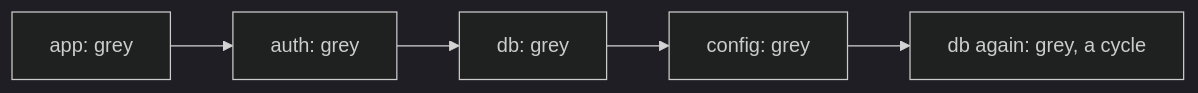
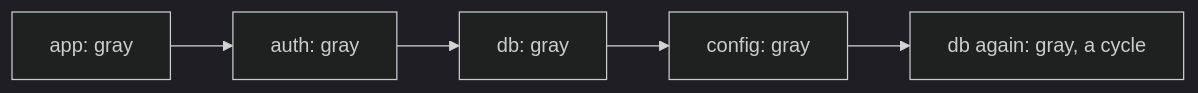
The second of 2 diagrams in guides/depth-first-search/guide.md (bkuberek/coding-study), drawn with Mermaid (dark theme) before and after one commit. The commit also changed other lines of this file and 116 other files, not shown here.

````diff
--- a/guides/depth-first-search/guide.md
+++ b/guides/depth-first-search/guide.md
@@ -230,7 +230,7 @@
 ```mermaid
 flowchart LR
   accTitle: The edge that closes a cycle
-  accDescr: The current path is app, auth, db, config, all grey. Config imports db, drawn a second time at the end of the path because it is the same db, still grey, so the edge from config back to db closes the cycle db, config, db.
-  app["app: grey"] --> auth["auth: grey"] --> db["db: grey"] --> config["config: grey"]
-  config --> again["db again: grey, a cycle"]
+  accDescr: The current path is app, auth, db, config, all gray. Config imports db, drawn a second time at the end of the path because it is the same db, still gray, so the edge from config back to db closes the cycle db, config, db.
+  app["app: gray"] --> auth["auth: gray"] --> db["db: gray"] --> config["config: gray"]
+  config --> again["db again: gray, a cycle"]
 ```
````
